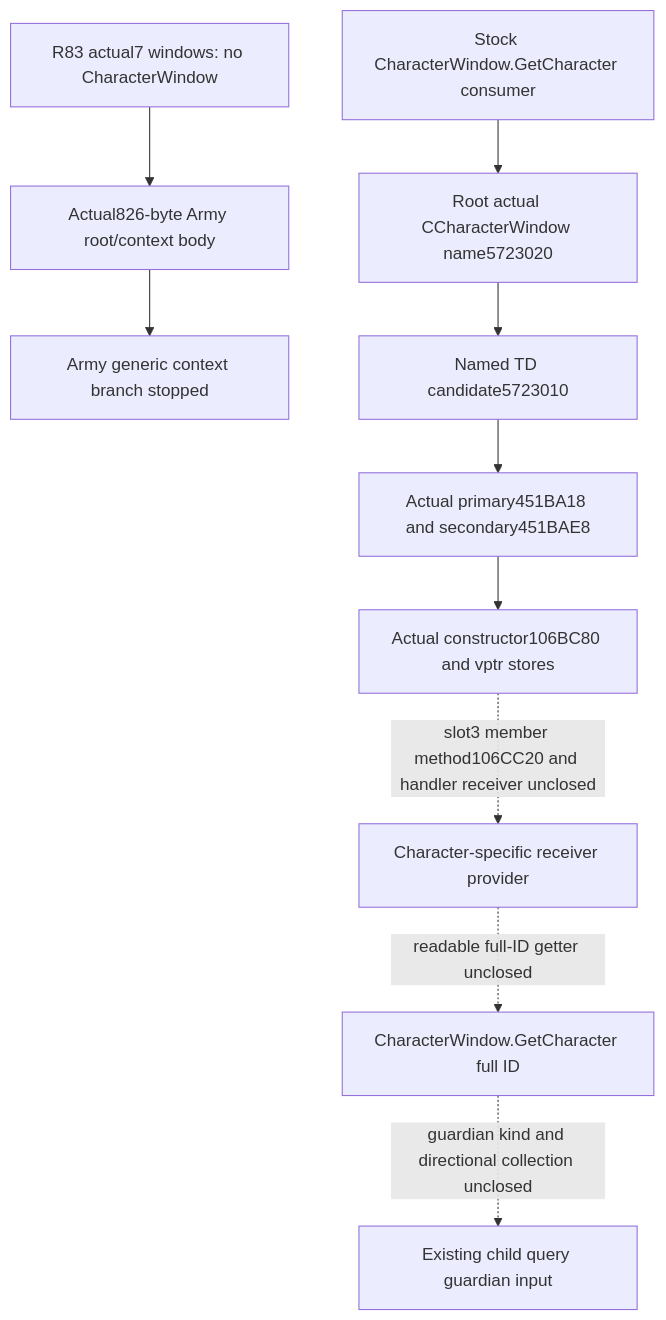
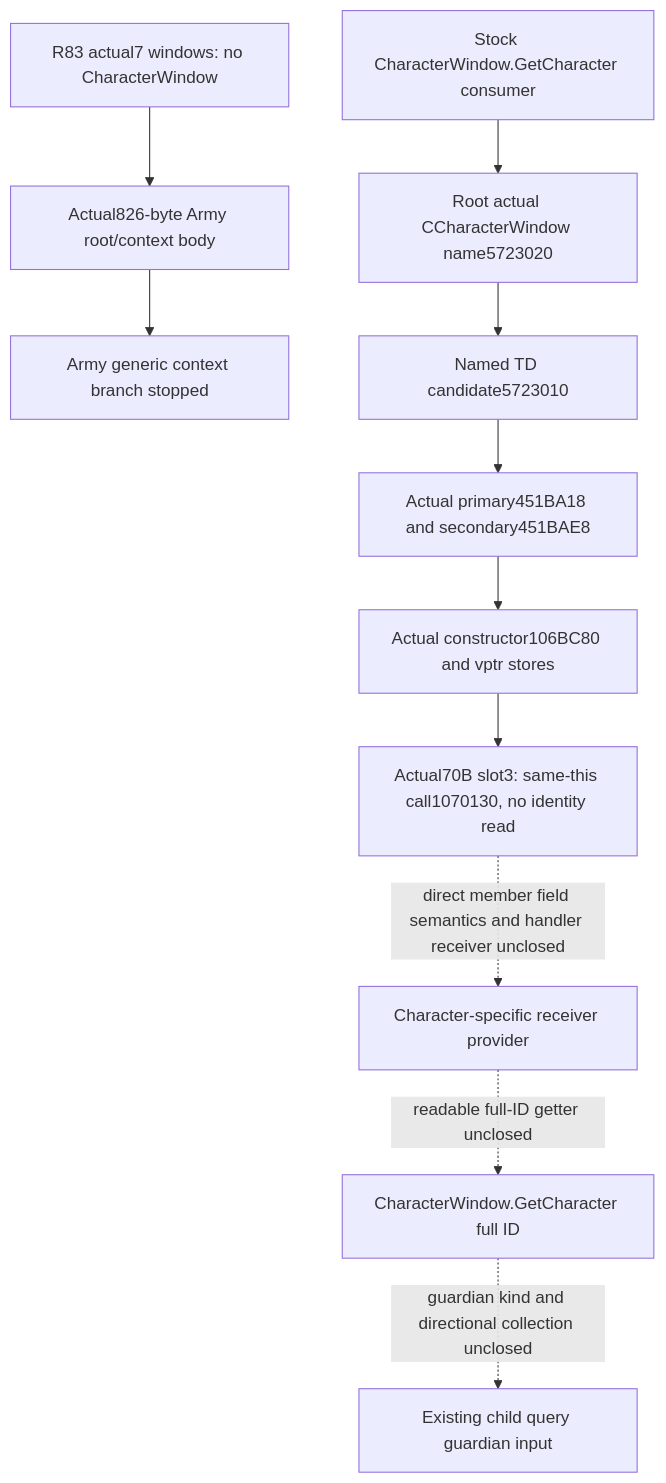
The first of 2 diagrams in docs/ck3-native-ai/character-window-guardian-native-provider-12004.md (XenoAmess/ck3_eternal_recurrence), drawn with Mermaid before and after one commit. The commit also changed other lines of this file, not shown here.

Commit message:
Record CharacterWindow slot member and localize the identity seam

````diff
--- a/docs/ck3-native-ai/character-window-guardian-native-provider-12004.md
+++ b/docs/ck3-native-ai/character-window-guardian-native-provider-12004.md
@@ -340,12 +361,13 @@
 ```mermaid
 flowchart TD
   S[R83 actual7 windows: no CharacterWindow] --> A[Actual826-byte Army root/context body]
   A --> X[Army generic context branch stopped]
   G[Stock CharacterWindow.GetCharacter consumer] --> N[Root actual CCharacterWindow name5723020]
   N --> T[Named TD candidate5723010]
   T --> V[Actual primary451BA18 and secondary451BAE8]
   V --> K[Actual constructor106BC80 and vptr stores]
-  K -. slot3 member method106CC20 and handler receiver unclosed .-> R[Character-specific receiver provider]
+  K --> M[Actual70B slot3: same-this call1070130, no identity read]
+  M -. direct member field semantics and handler receiver unclosed .-> R[Character-specific receiver provider]
   R -. readable full-ID getter unclosed .-> C[CharacterWindow.GetCharacter full ID]
   C -. guardian kind and directional collection unclosed .-> H[Existing child query guardian input]
 ```
````
